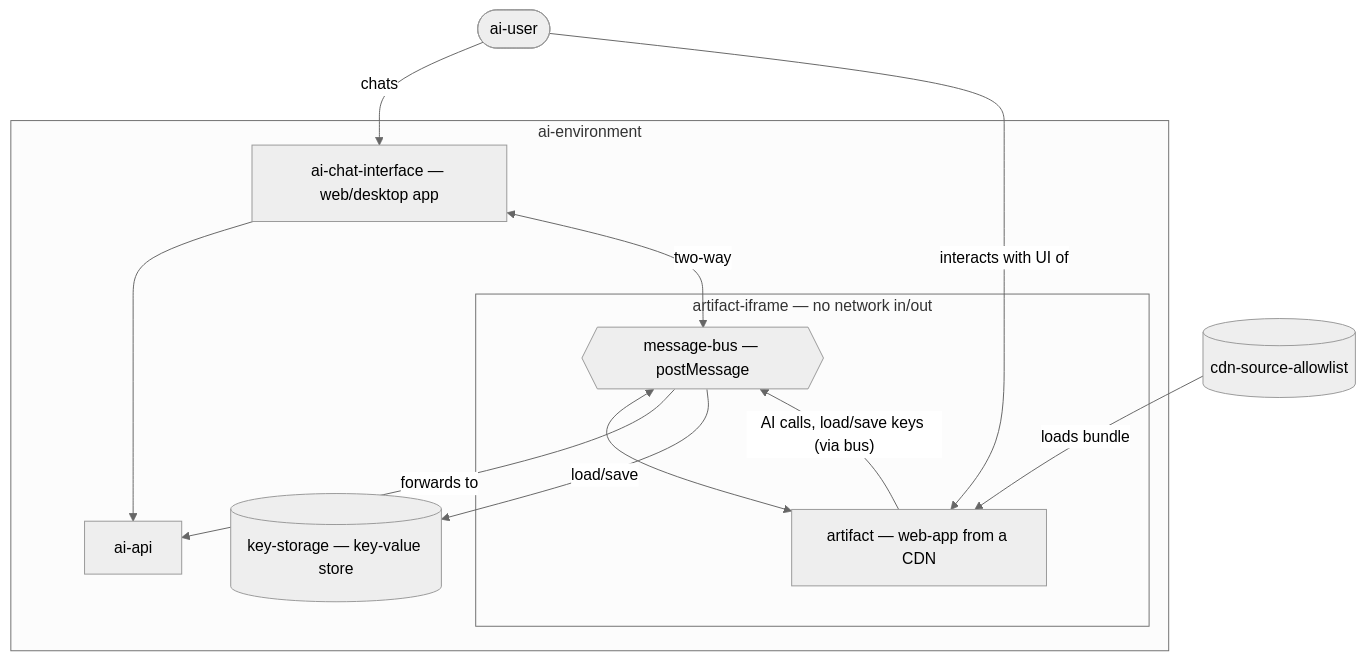
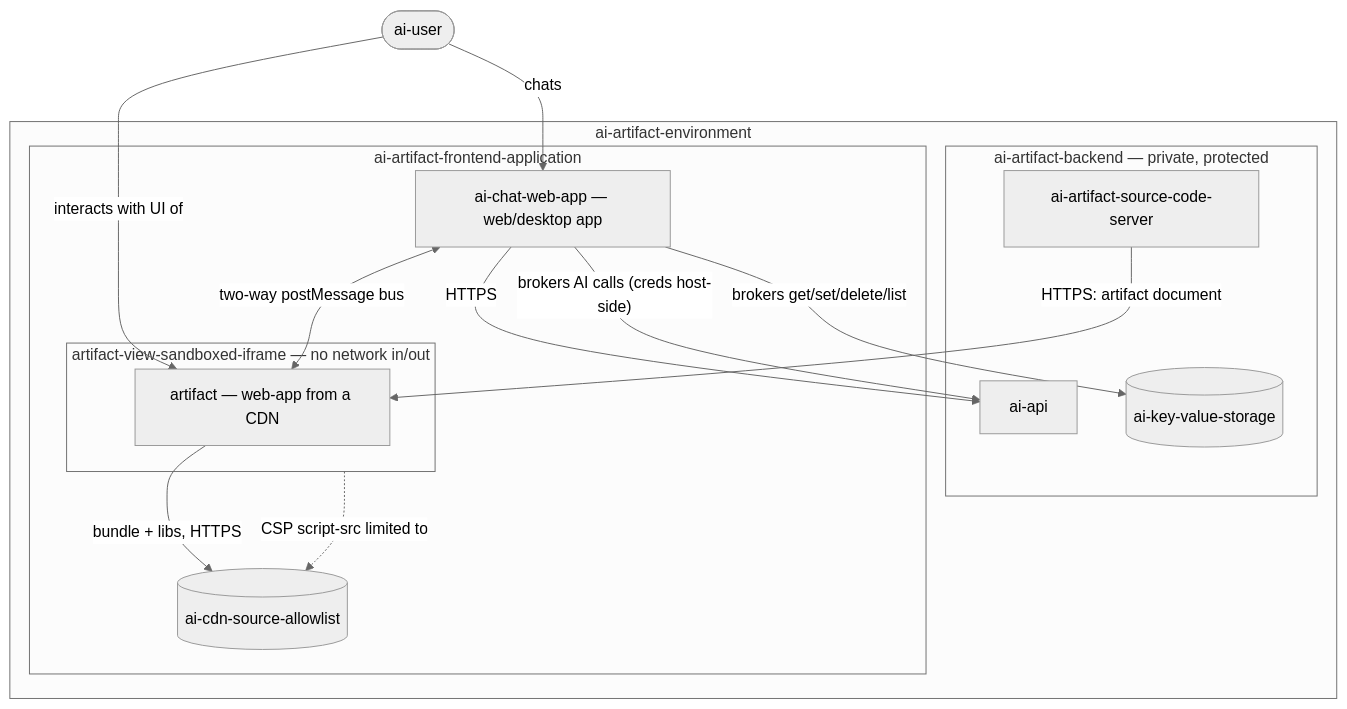
Before and after one commit to alistigo/holos: the fourth of 4 diagrams in packages/architecture/README.md, drawn with Mermaid (neutral theme). The commit also changed other lines of this file and 2 other files, not shown here.

Commit message:
refactor(architecture): split artifact env into backend/frontend tiers
Break the single ai-environment into ai-artifact-environment ->
ai-artifact-backend + ai-artifact-frontend-application, add an
ai-artifact-source-code-server, and model the postMessage bus as
interfaces on the chat app and artifact rather than a standalone node.
Preserve the bus message catalogue on the bus relationship metadata,
re-wire the CDN allowlist and key-value store edges, and re-sync
README section 5 and its Mermaid diagram. Ignore .DS_Store.

````diff
--- a/packages/architecture/README.md
+++ b/packages/architecture/README.md
@@ -177,27 +182,31 @@
 ```mermaid
 graph TB
   aiuser([ai-user])
 
-  subgraph AIENV["ai-environment"]
-    chat[ai-chat-interface — web/desktop app]
-    api[ai-api]
-    keystore[(key-storage — key-value store)]
+  subgraph AIENV["ai-artifact-environment"]
+    subgraph BE["ai-artifact-backend — private, protected"]
+      api[ai-api]
+      keystore[(ai-key-value-storage)]
+      srcserver[ai-artifact-source-code-server]
+    end
 
-    subgraph IFRAME["artifact-iframe — no network in/out"]
-      bus{{message-bus — postMessage}}
-      artifact[artifact — web-app from a CDN]
+    subgraph FE["ai-artifact-frontend-application"]
+      chat[ai-chat-web-app — web/desktop app]
+      cdn[(ai-cdn-source-allowlist)]
+
+      subgraph IFRAME["artifact-view-sandboxed-iframe — no network in/out"]
+        artifact[artifact — web-app from a CDN]
+      end
     end
   end
 
-  cdn[(cdn-source-allowlist)]
-
   aiuser -->|chats| chat
   aiuser -->|interacts with UI of| artifact
-  chat --> api
-  chat <-->|two-way| bus
-  bus <--> artifact
-  cdn -->|loads bundle| artifact
-  artifact -->|"AI calls, load/save keys (via bus)"| bus
-  bus -->|forwards to| api
-  bus -->|load/save| keystore
+  chat -->|HTTPS| api
+  chat <-->|"two-way postMessage bus"| artifact
+  chat -->|"brokers AI calls (creds host-side)"| api
+  chat -->|"brokers get/set/delete/list"| keystore
+  srcserver -->|"HTTPS: artifact document"| artifact
+  artifact -->|"bundle + libs, HTTPS"| cdn
+  IFRAME -.->|"CSP script-src limited to"| cdn
 ```
````
